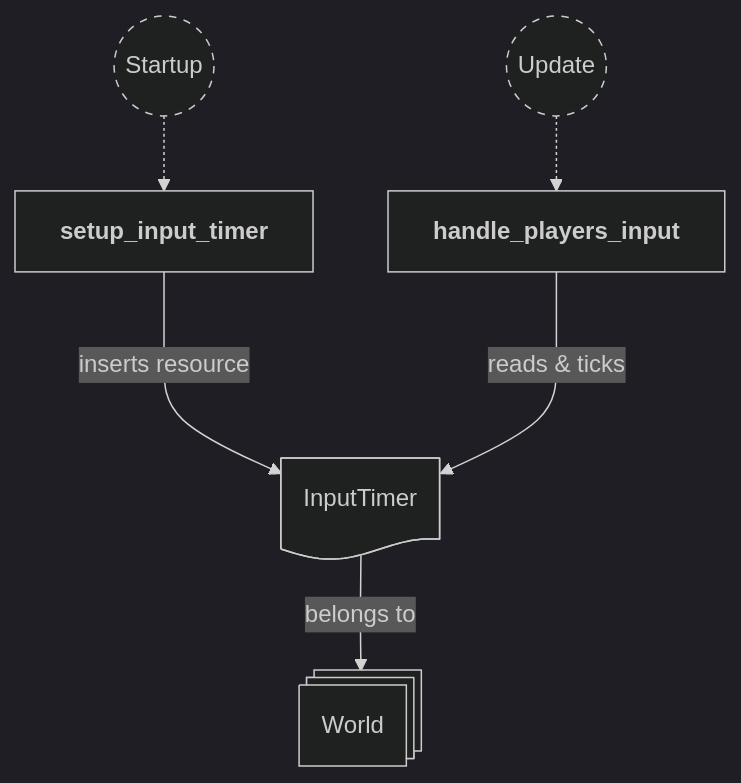
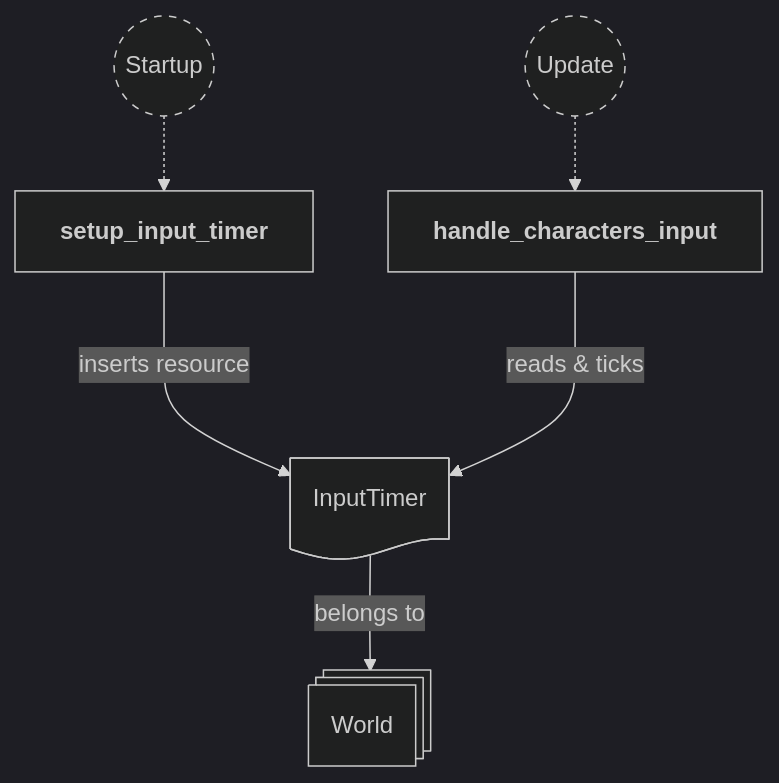
The first of 6 diagrams in backlog/docs/doc-2 - 002-Input-plugin.md (neurosoup/tyled), drawn with Mermaid before and after one commit. The commit also changed other lines of this file and 7 other files, not shown here.

````diff
--- a/backlog/docs/doc-2 - 002-Input-plugin.md
+++ b/backlog/docs/doc-2 - 002-Input-plugin.md
@@ -45,25 +45,25 @@
 ```mermaid
 ---
 config:
   theme: dark
 ---
 
 flowchart TD
 classDef system-group stroke-dasharray: 5 5
 
 startup(("`Startup`")):::system-group
 update(("`Update`")):::system-group
 setup_input_timer["`**setup_input_timer**`"]
-handle_players_input["`**handle_players_input**`"]
+handle_characters_input["`**handle_characters_input**`"]
 
 startup -.-> setup_input_timer
-update -.-> handle_players_input
+update -.-> handle_characters_input
 
 world@{ shape: st-rect, label: "World" }
 input_timer_res@{ shape: doc, label: "InputTimer" }
 
 input_timer_res --> |belongs to| world
 
 setup_input_timer ---> |inserts resource| input_timer_res
-handle_players_input ---> |reads & ticks| input_timer_res
+handle_characters_input ---> |reads & ticks| input_timer_res
 ```
````
